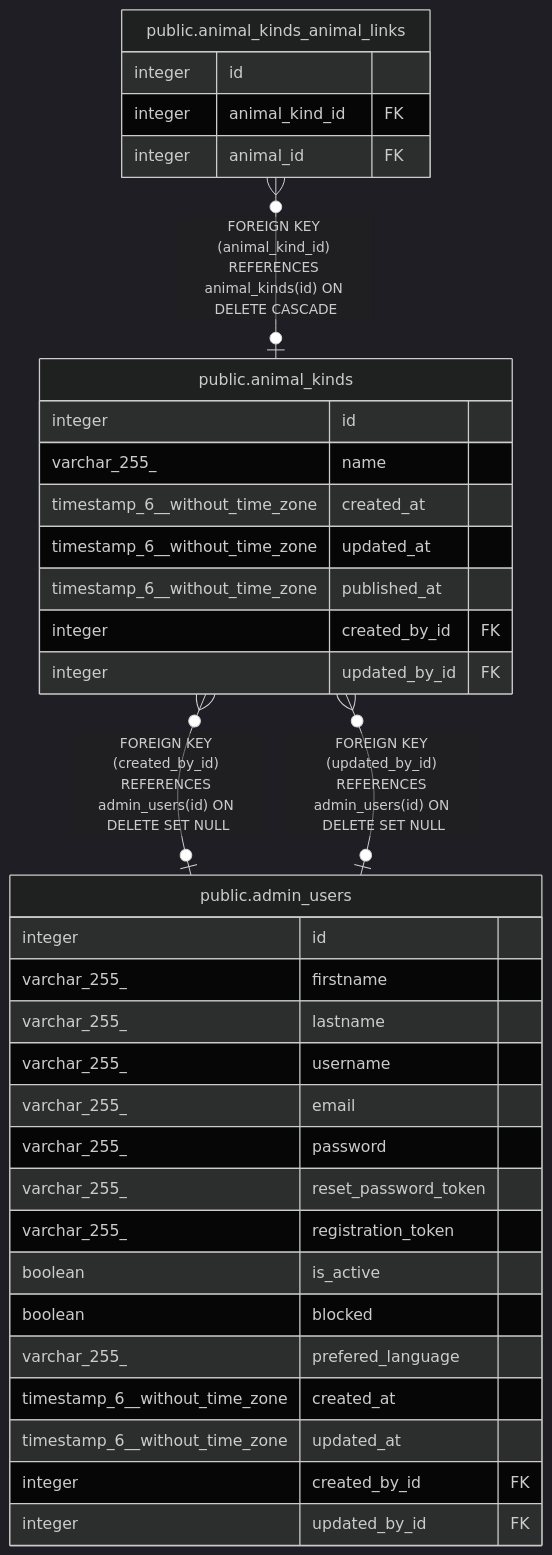
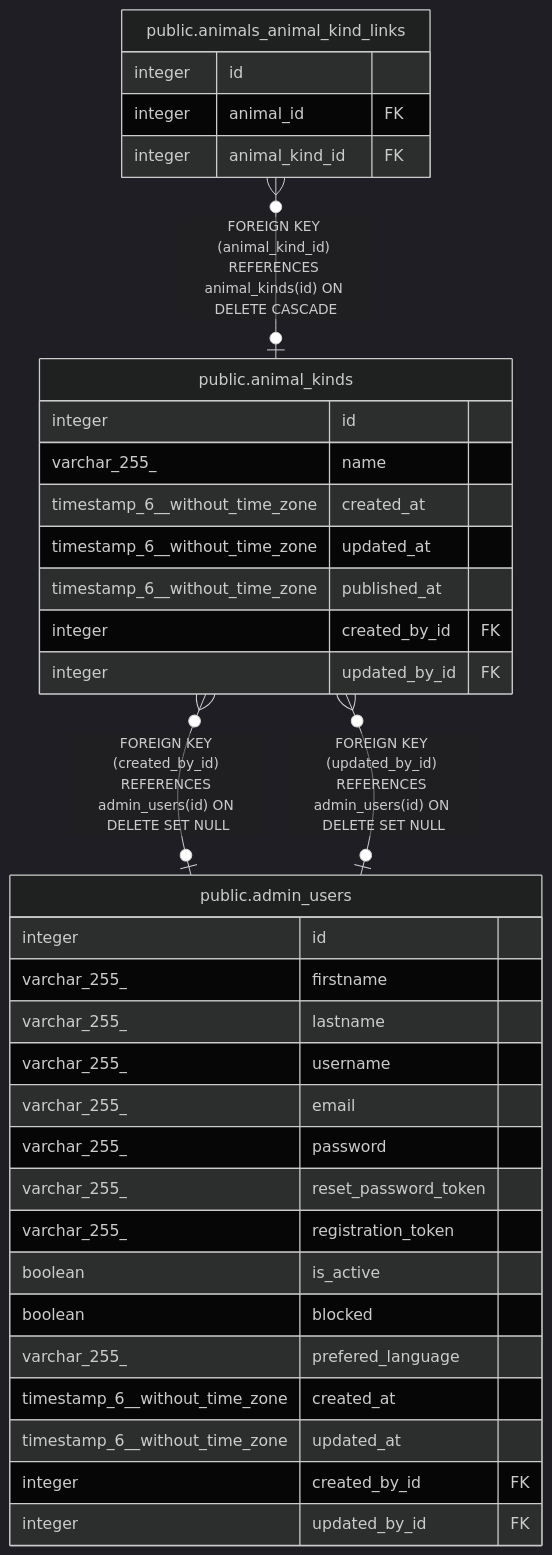
One commit to mosamosamosamosa/Anitection changed the diagram in docs/dbschema/public.animal_kinds.md. Above: the diagram before and after it, drawn with Mermaid (dark theme). The commit also changed other lines of this file and 20 other files, not shown here.

````diff
--- a/docs/dbschema/public.animal_kinds.md
+++ b/docs/dbschema/public.animal_kinds.md
@@ -35,39 +35,39 @@
 ```mermaid
 erDiagram
 
-"public.animal_kinds_animal_links" }o--o| "public.animal_kinds" : "FOREIGN KEY (animal_kind_id) REFERENCES animal_kinds(id) ON DELETE CASCADE"
+"public.animals_animal_kind_links" }o--o| "public.animal_kinds" : "FOREIGN KEY (animal_kind_id) REFERENCES animal_kinds(id) ON DELETE CASCADE"
 "public.animal_kinds" }o--o| "public.admin_users" : "FOREIGN KEY (created_by_id) REFERENCES admin_users(id) ON DELETE SET NULL"
 "public.animal_kinds" }o--o| "public.admin_users" : "FOREIGN KEY (updated_by_id) REFERENCES admin_users(id) ON DELETE SET NULL"
 
 "public.animal_kinds" {
   integer id
   varchar_255_ name
   timestamp_6__without_time_zone created_at
   timestamp_6__without_time_zone updated_at
   timestamp_6__without_time_zone published_at
   integer created_by_id FK
   integer updated_by_id FK
 }
-"public.animal_kinds_animal_links" {
+"public.animals_animal_kind_links" {
   integer id
+  integer animal_id FK
   integer animal_kind_id FK
-  integer animal_id FK
 }
 "public.admin_users" {
   integer id
   varchar_255_ firstname
   varchar_255_ lastname
   varchar_255_ username
   varchar_255_ email
   varchar_255_ password
   varchar_255_ reset_password_token
   varchar_255_ registration_token
   boolean is_active
   boolean blocked
   varchar_255_ prefered_language
   timestamp_6__without_time_zone created_at
   timestamp_6__without_time_zone updated_at
   integer created_by_id FK
   integer updated_by_id FK
 }
 ```
````
